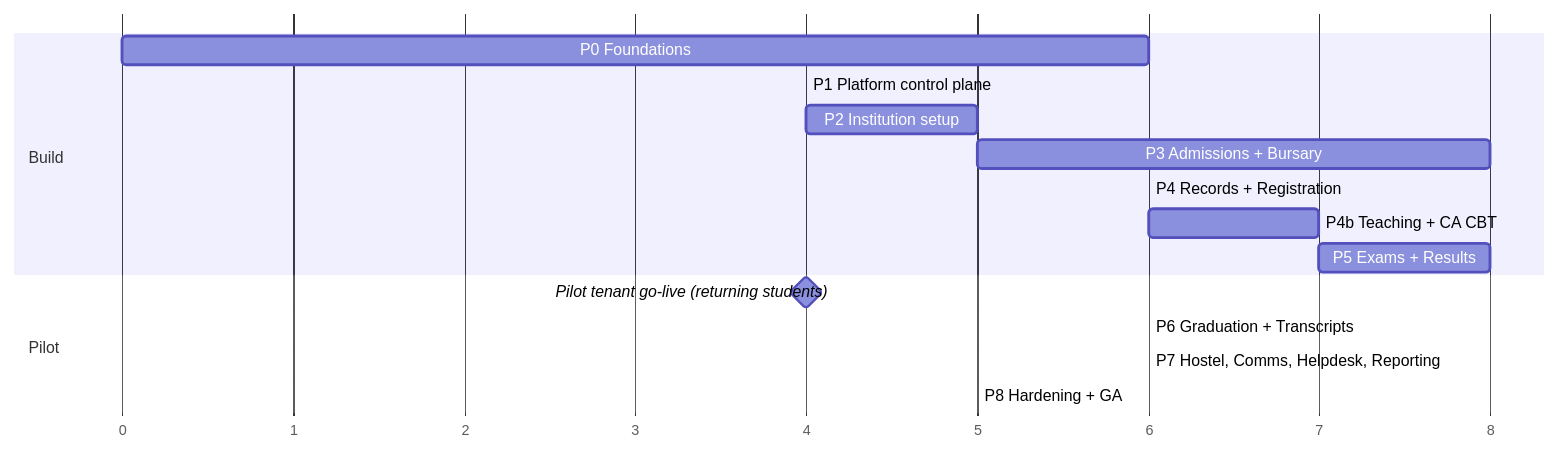
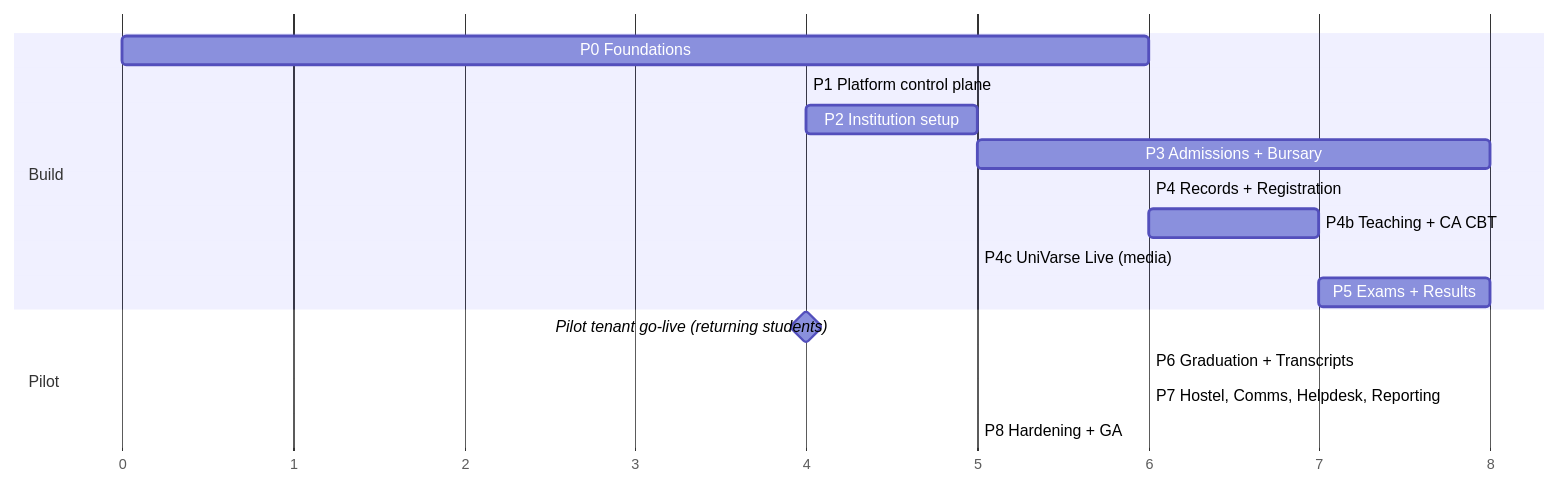
Before and after one commit to w1t3ack3r/univarse: the diagram in docs/18-roadmap.md, drawn with Mermaid. The commit also changed other lines of this file and 25 other files, not shown here.

````diff
--- a/docs/18-roadmap.md
+++ b/docs/18-roadmap.md
@@ -7,18 +7,19 @@
 ```mermaid
 gantt
   dateFormat  X
   axisFormat  %s
   section Build
   P0 Foundations            :p0, 0, 6
   P1 Platform control plane :p1, after p0, 4
   P2 Institution setup      :p2, after p1, 5
   P3 Admissions + Bursary   :p3, after p2, 8
   P4 Records + Registration :p4, after p3, 6
   P4b Teaching + CA CBT     :p4b, after p4, 7
+  P4c UniVarse Live (media) :p4c, after p4b, 5
   P5 Exams + Results        :p5, after p4b, 8
   section Pilot
   Pilot tenant go-live (returning students) :milestone, after p5, 0
   P6 Graduation + Transcripts :p6, after p5, 6
   P7 Hostel, Comms, Helpdesk, Reporting :p7, after p6, 6
   P8 Hardening + GA         :p8, after p7, 5
 ```
````
